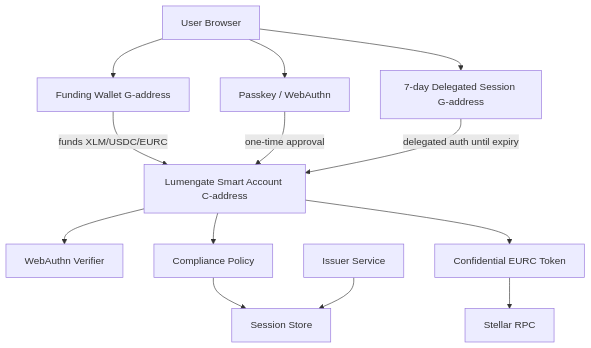
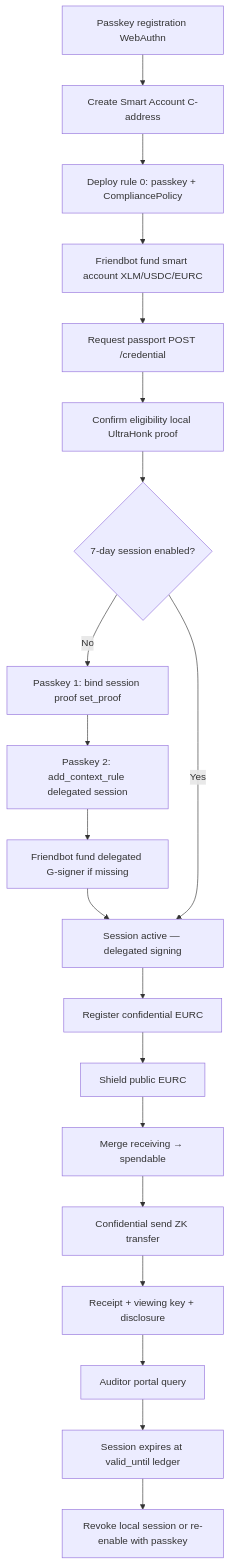
Before and after one commit to goat-dev8/Lumengate: the diagram in docs/PASSKEY_SMART_ACCOUNT_IMPLEMENTATION_GUIDE.md, drawn with Mermaid. The commit also changed other lines of this file and 14 other files, not shown here.

First line of the commit message:
docs: finalize Smart Account, Confidential Token, testing and architecture documentation

````diff
--- a/docs/PASSKEY_SMART_ACCOUNT_IMPLEMENTATION_GUIDE.md
+++ b/docs/PASSKEY_SMART_ACCOUNT_IMPLEMENTATION_GUIDE.md
@@ -80,27 +181,22 @@
 ```mermaid
-flowchart TB
-  User[User Browser]
-  Wallet[Funding Wallet G-address]
-  Passkey[Passkey / WebAuthn]
-  SessionKey[7-day Delegated Session G-address]
-  SA[Lumengate Smart Account C-address]
-  WebAuthn[WebAuthn Verifier]
-  Policy[Compliance Policy]
-  Store[Session Store]
-  CT[Confidential EURC Token]
-  Issuer[Issuer Service]
-  RPC[Stellar RPC]
-
-  User --> Wallet
-  User --> Passkey
-  User --> SessionKey
-  Wallet -->|funds XLM/USDC/EURC| SA
-  Passkey -->|one-time approval| SA
-  SessionKey -->|delegated auth until expiry| SA
-  SA --> WebAuthn
-  SA --> Policy
-  Policy --> Store
-  SA --> CT
-  Issuer --> Store
-  CT --> RPC
+flowchart TD
+  A[Passkey registration WebAuthn] --> B[Create Smart Account C-address]
+  B --> C[Deploy rule 0: passkey + CompliancePolicy]
+  C --> D[Friendbot fund smart account XLM/USDC/EURC]
+  D --> E[Request passport POST /credential]
+  E --> F[Confirm eligibility local UltraHonk proof]
+  F --> G{7-day session enabled?}
+  G -->|No| H[Passkey 1: bind session proof set_proof]
+  H --> I[Passkey 2: add_context_rule delegated session]
+  I --> J[Friendbot fund delegated G-signer if missing]
+  J --> K[Session active — delegated signing]
+  G -->|Yes| K
+  K --> L[Register confidential EURC]
+  L --> M[Shield public EURC]
+  M --> N[Merge receiving → spendable]
+  N --> O[Confidential send ZK transfer]
+  O --> P[Receipt + viewing key + disclosure]
+  P --> Q[Auditor portal query]
+  Q --> R[Session expires at valid_until ledger]
+  R --> S[Revoke local session or re-enable with passkey]
 ```
````
